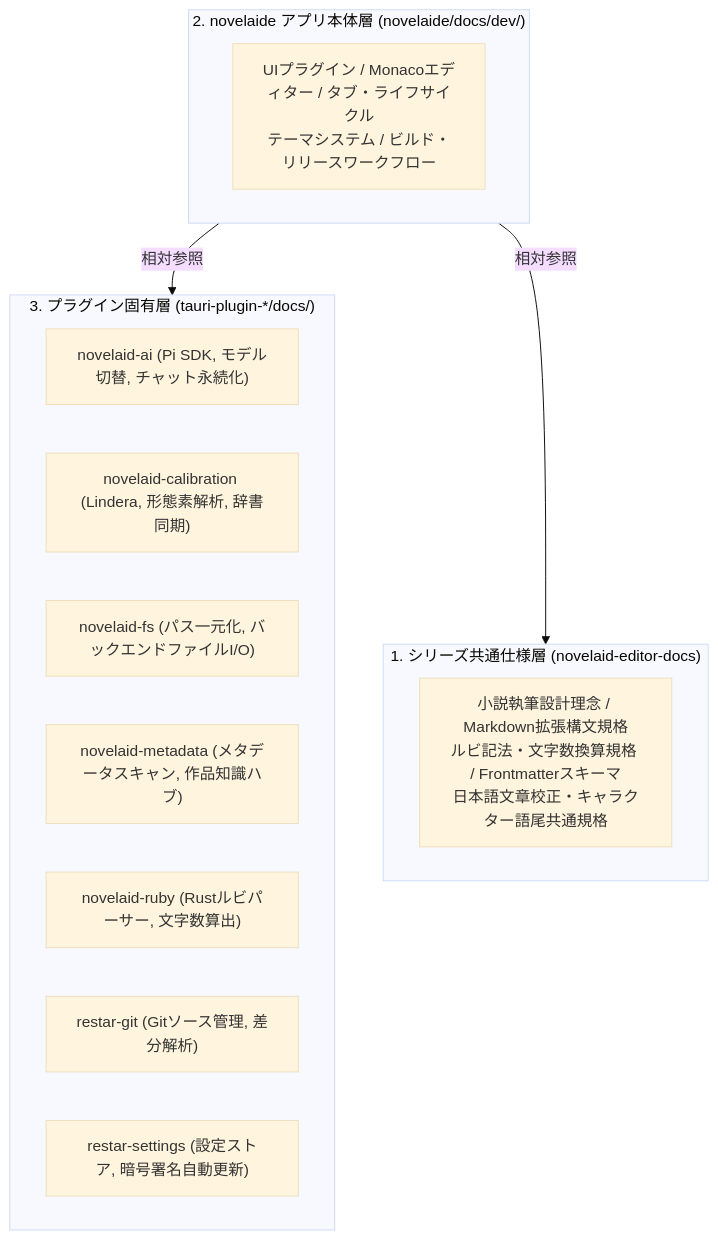
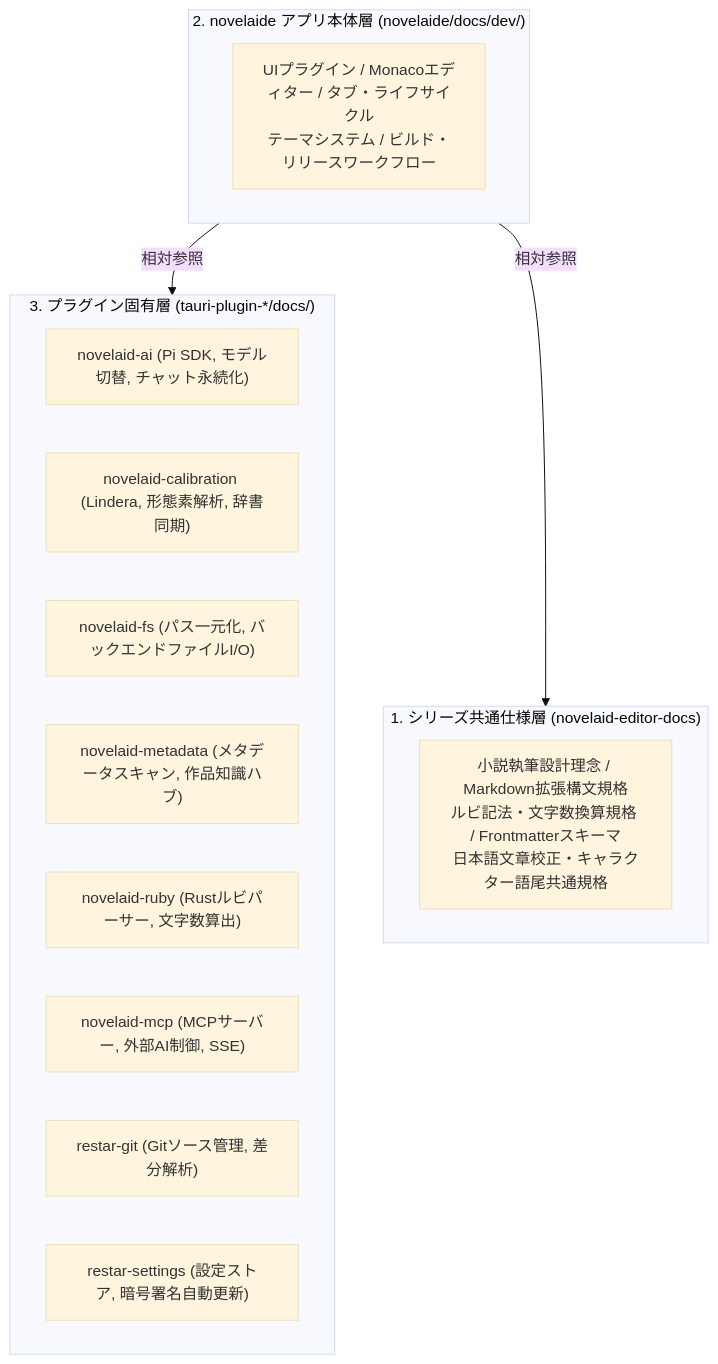
One commit to mituha/novelaide changed the diagram in docs/dev/index.md. Above: the diagram before and after it, drawn with Mermaid (base theme). The commit also changed other lines of this file and 37 other files, not shown here.

Commit message:
feat(mcp): tauri-plugin-novelaid-mcp プラグインの基盤を新設し親アプリへ登録

````diff
--- a/docs/dev/index.md
+++ b/docs/dev/index.md
@@ -21,23 +21,24 @@
 ```mermaid
 graph TD
     subgraph Common ["1. シリーズ共通仕様層 (novelaid-editor-docs)"]
         C_Spec["小説執筆設計理念 / Markdown拡張構文規格<br/>ルビ記法・文字数換算規格 / Frontmatterスキーマ<br/>日本語文章校正・キャラクター語尾共通規格"]
     end
 
     subgraph App ["2. novelaide アプリ本体層 (novelaide/docs/dev/)"]
         A_UI["UIプラグイン / Monacoエディター / タブ・ライフサイクル<br/>テーマシステム / ビルド・リリースワークフロー"]
     end
 
     subgraph Plugins ["3. プラグイン固有層 (tauri-plugin-*/docs/)"]
         P_AI["novelaid-ai (Pi SDK, モデル切替, チャット永続化)"]
         P_Calib["novelaid-calibration (Lindera, 形態素解析, 辞書同期)"]
         P_FS["novelaid-fs (パス一元化, バックエンドファイルI/O)"]
         P_Meta["novelaid-metadata (メタデータスキャン, 作品知識ハブ)"]
         P_Ruby["novelaid-ruby (Rustルビパーサー, 文字数算出)"]
+        P_Mcp["novelaid-mcp (MCPサーバー, 外部AI制御, SSE)"]
         P_Git["restar-git (Gitソース管理, 差分解析)"]
         P_Settings["restar-settings (設定ストア, 暗号署名自動更新)"]
     end
 
     App -->|"相対参照"| Plugins
     App -->|"相対参照"| Common
 ```
````
